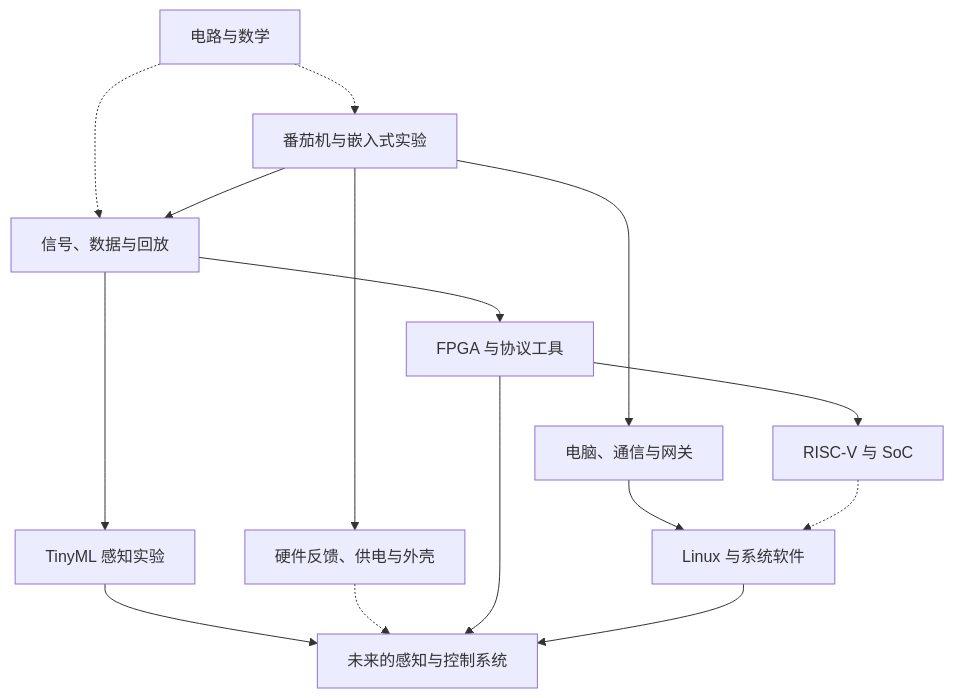
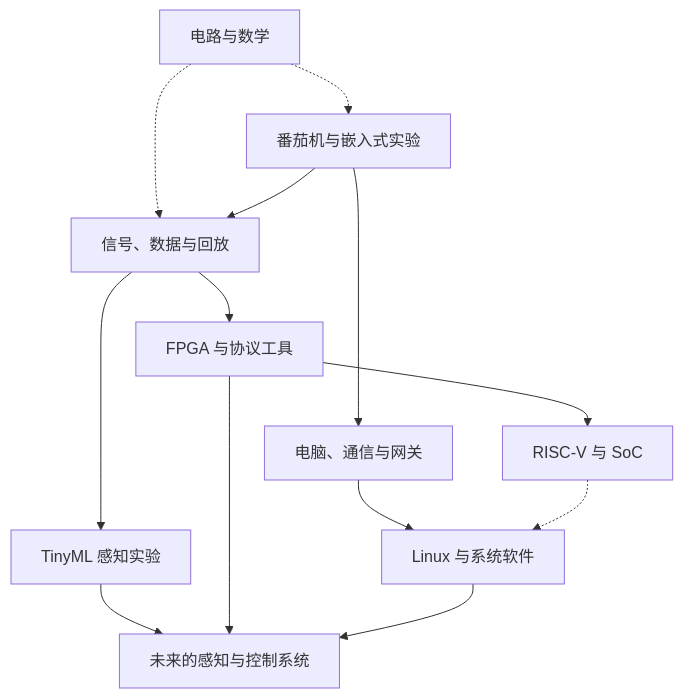
One commit to iankirkpa5-hash/xiao-pomodoro-companion changed the diagram in docs/esp32-flexible-learning-roadmap.md. Above: the diagram before and after it, drawn with Mermaid. The commit also changed other lines of this file, not shown here.

Commit message:
docs: adopt new learning roadmap and sync repository status

````diff
--- a/docs/esp32-flexible-learning-roadmap.md
+++ b/docs/esp32-flexible-learning-roadmap.md
@@ -62,17 +33,15 @@
 ```mermaid
 flowchart TD
   B["电路与数学"] -.-> M["番茄机与嵌入式实验"]
   B -.-> D["信号、数据与回放"]
   M --> D
-  M --> H["硬件反馈、供电与外壳"]
   M --> C["电脑、通信与网关"]
   D --> T["TinyML 感知实验"]
   D --> F["FPGA 与协议工具"]
   F --> R["RISC-V 与 SoC"]
   C --> L["Linux 与系统软件"]
   R -.-> L
   T --> P["未来的感知与控制系统"]
-  H -.-> P
   F --> P
   L --> P
 ```
````
